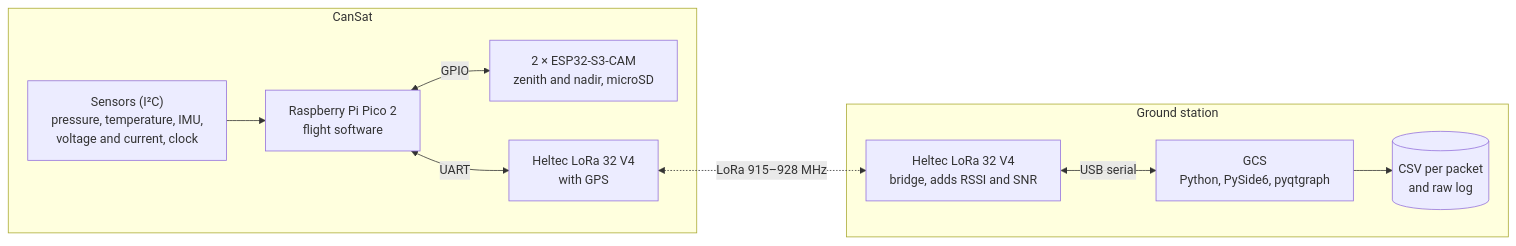
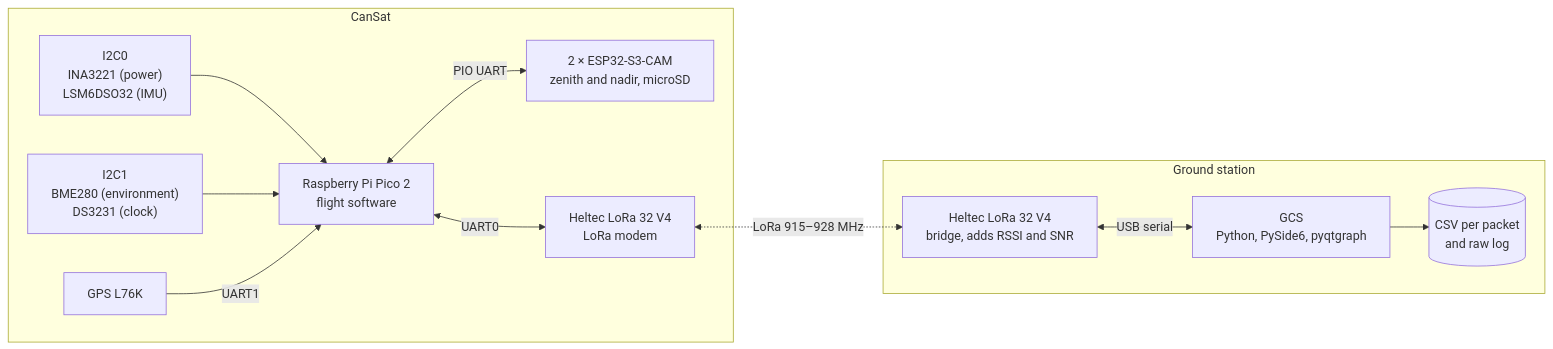
Before and after one commit to tenebrishv/avutardo: the diagram in README.en.md, drawn with Mermaid. The commit also changed other lines of this file and 5 other files, not shown here.

````diff
--- a/README.en.md
+++ b/README.en.md
@@ -33,20 +33,24 @@
 ```mermaid
 flowchart LR
     subgraph cansat["CanSat"]
-        sens["Sensors (I²C)<br/>pressure, temperature, IMU,<br/>voltage and current, clock"]
+        i2c0["I2C0<br/>INA3221 (power)<br/>LSM6DSO32 (IMU)"]
+        i2c1["I2C1<br/>BME280 (environment)<br/>DS3231 (clock)"]
+        gps["GPS L76K"]
         pico["Raspberry Pi Pico 2<br/>flight software"]
         cams["2 × ESP32-S3-CAM<br/>zenith and nadir, microSD"]
-        hb["Heltec LoRa 32 V4<br/>with GPS"]
-        sens --> pico
-        pico <-->|GPIO| cams
-        pico <-->|UART| hb
+        hb["Heltec LoRa 32 V4<br/>LoRa modem"]
+        i2c0 --> pico
+        i2c1 --> pico
+        gps -->|UART1| pico
+        pico <-->|"PIO UART"| cams
+        pico <-->|UART0| hb
     end
     subgraph ground["Ground station"]
         ht["Heltec LoRa 32 V4<br/>bridge, adds RSSI and SNR"]
         gcs["GCS<br/>Python, PySide6, pyqtgraph"]
         csv[("CSV per packet<br/>and raw log")]
         ht <-->|USB serial| gcs
         gcs --> csv
     end
     hb <-.->|"LoRa 915–928 MHz"| ht
 ```
````
